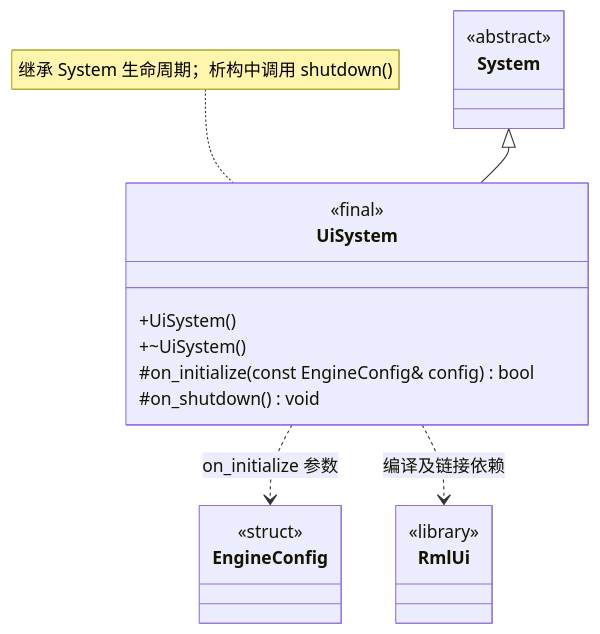
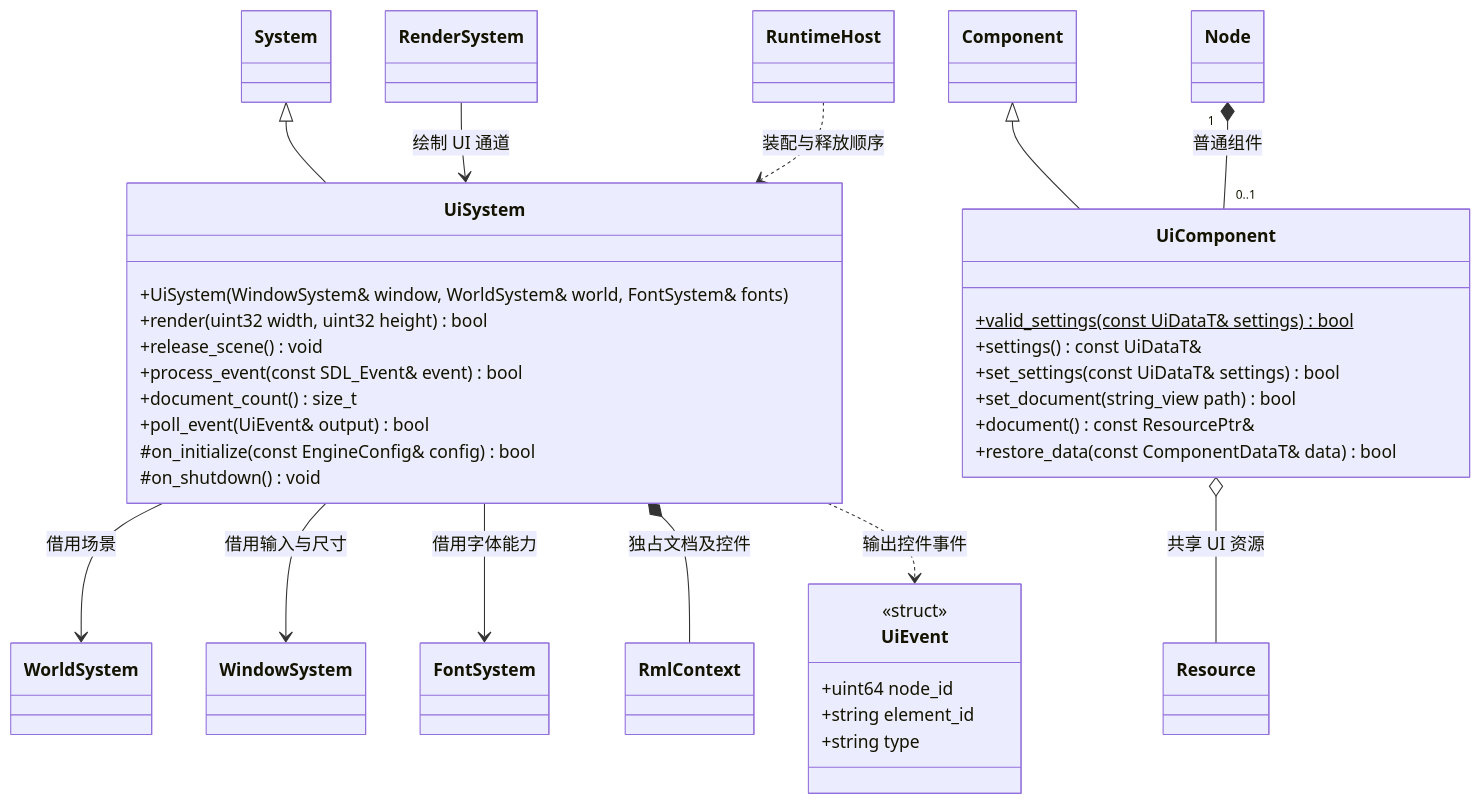
Before and after one commit to lcals/Engine: the diagram in docs/runtime/class-diagrams/ui-system.md, drawn with Mermaid. The commit also changed other lines of this file and 115 other files, not shown here.

First line of the commit message:
feat: add shared font resources and scene RmlUi integration

````diff
--- a/docs/runtime/class-diagrams/ui-system.md
+++ b/docs/runtime/class-diagrams/ui-system.md
@@ -7,24 +8,38 @@
 ```mermaid
 classDiagram
-    direction TB
+    class UiComponent {
+        +valid_settings(const UiDataT& settings)$ bool
+        +settings() const UiDataT&
+        +set_settings(const UiDataT& settings) bool
+        +set_document(string_view path) bool
+        +document() const ResourcePtr&
+        +restore_data(const ComponentDataT& data) bool
+    }
     class UiSystem {
-        <<final>>
-        +UiSystem()
-        +~UiSystem()
+        +UiSystem(WindowSystem& window, WorldSystem& world, FontSystem& fonts)
+        +render(uint32 width, uint32 height) bool
+        +release_scene() void
+        +process_event(const SDL_Event& event) bool
+        +document_count() size_t
+        +poll_event(UiEvent& output) bool
         #on_initialize(const EngineConfig& config) bool
         #on_shutdown() void
     }
-    class System {
-        <<abstract>>
-    }
-    class EngineConfig {
+    class UiEvent {
         <<struct>>
-    }
-    class RmlUi["RmlUi"] {
-        <<library>>
+        +uint64 node_id
+        +string element_id
+        +string type
     }
     System <|-- UiSystem
-    UiSystem ..> EngineConfig : on_initialize 参数
-    UiSystem ..> RmlUi : 编译及链接依赖
-    note for UiSystem "继承 System 生命周期；析构中调用 shutdown()"
+    Component <|-- UiComponent
+    Node "1" *-- "0..1" UiComponent : 普通组件
+    UiComponent o-- Resource : 共享 UI 资源
+    UiSystem --> WorldSystem : 借用场景
+    UiSystem --> WindowSystem : 借用输入与尺寸
+    UiSystem --> FontSystem : 借用字体能力
+    UiSystem *-- RmlContext : 独占文档及控件
+    UiSystem ..> UiEvent : 输出控件事件
+    RenderSystem --> UiSystem : 绘制 UI 通道
+    RuntimeHost ..> UiSystem : 装配与释放顺序
 ```
````
